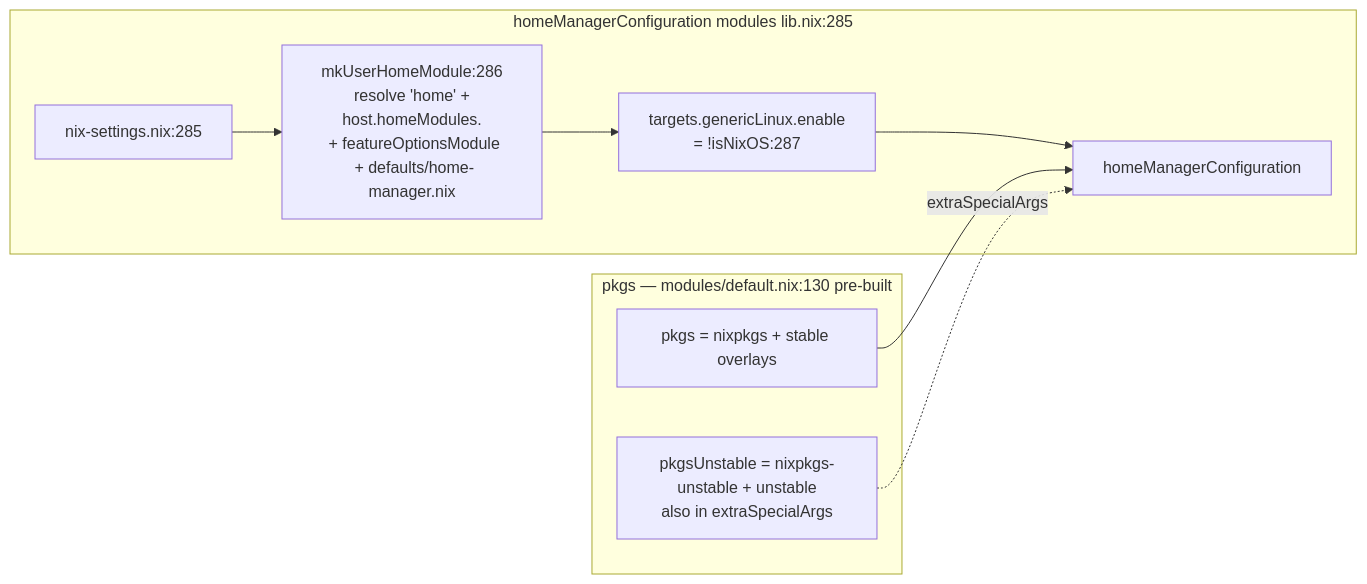
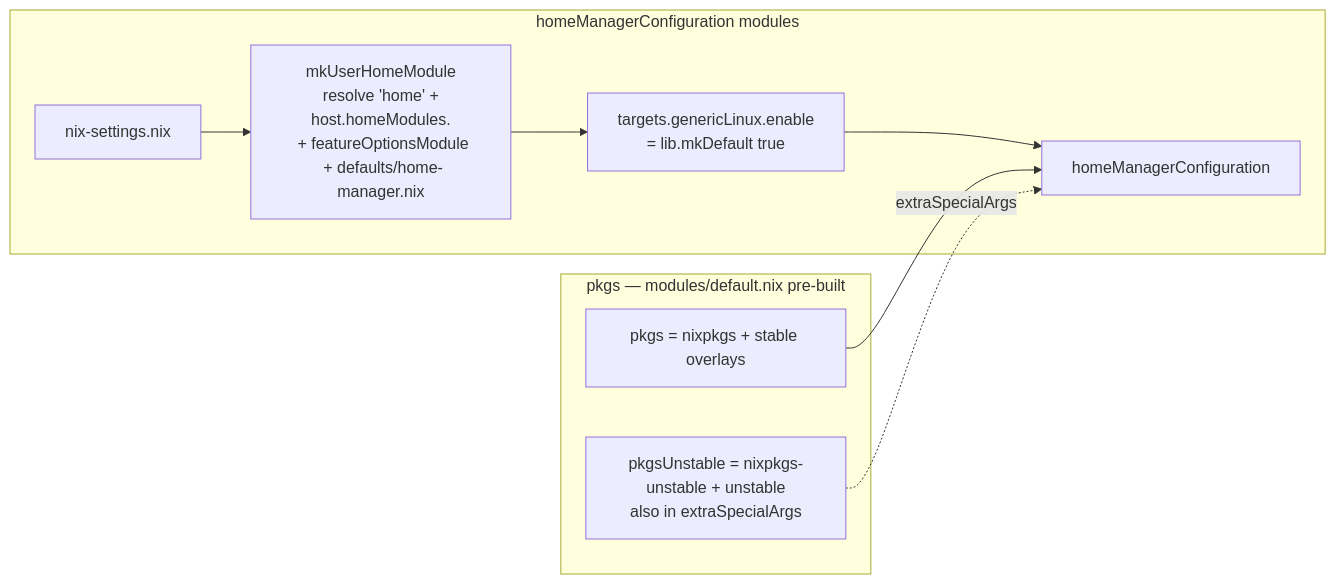
Before and after one commit to WombatFromHell/automatic-palm-tree: the sixth of 7 diagrams in DESIGN.md, drawn with Mermaid. The commit also changed other lines of this file and 29 other files, not shown here.

````diff
--- a/DESIGN.md
+++ b/DESIGN.md
@@ -179,15 +181,15 @@
 ```mermaid
 flowchart LR
-    subgraph Pkgs ["pkgs — modules/default.nix:130 pre-built"]
+    subgraph Pkgs ["pkgs — modules/default.nix pre-built"]
         stable["pkgs = nixpkgs + stable overlays"]
         unstable["pkgsUnstable = nixpkgs-unstable + unstable\nalso in extraSpecialArgs"]
     end
-    subgraph Mods2 ["homeManagerConfiguration modules lib.nix:285"]
-        nixSet2["nix-settings.nix:285"]
-        userMod["mkUserHomeModule:286\n resolve 'home' + host.homeModules.<user>\n + featureOptionsModule\n + defaults/home-manager.nix"]
-        generic["targets.genericLinux.enable\n = !isNixOS:287"]
+    subgraph Mods2 ["homeManagerConfiguration modules"]
+        nixSet2["nix-settings.nix"]
+        userMod["mkUserHomeModule\n resolve 'home' + host.homeModules.<user>\n + featureOptionsModule\n + defaults/home-manager.nix"]
+        generic["targets.genericLinux.enable\n = lib.mkDefault true"]
         nixSet2 --> userMod --> generic --> merged2["homeManagerConfiguration"]
     end
     stable --> merged2
     unstable -. extraSpecialArgs .-> merged2
 ```
````
